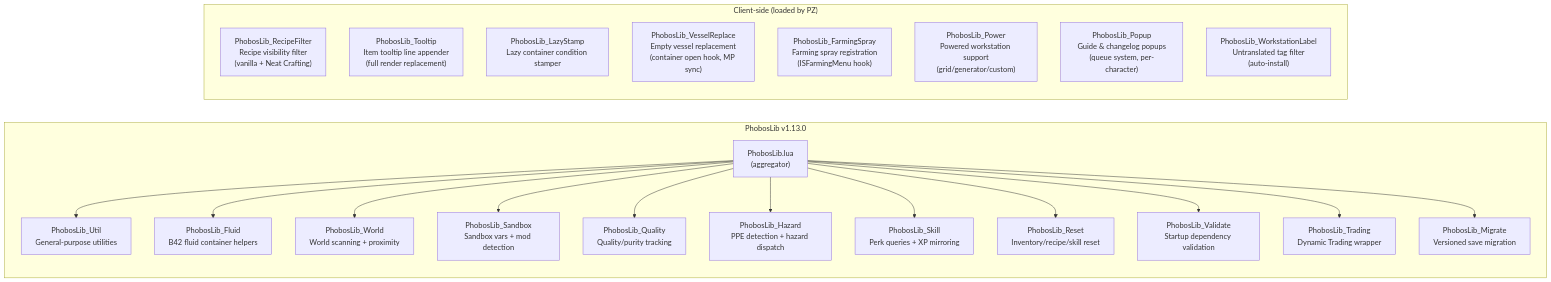
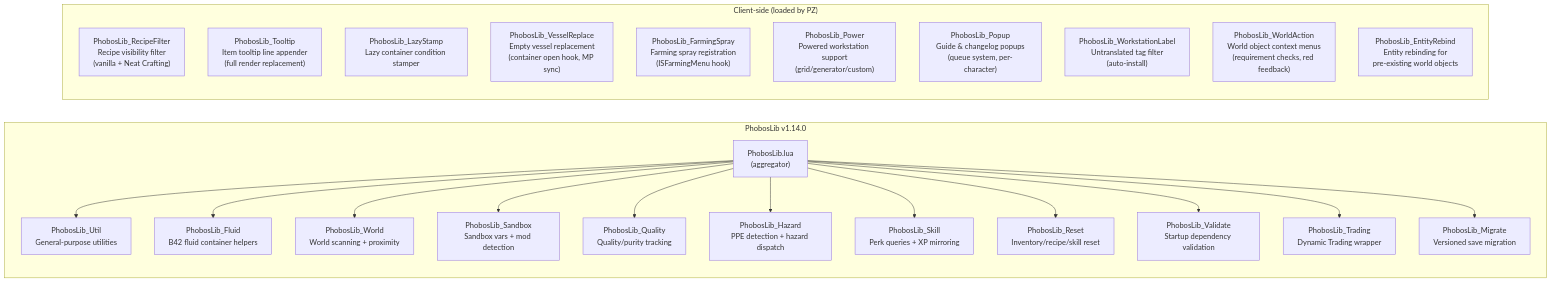
One commit to phobos-dthorga/mod-pz-phobos-lib changed the diagram in docs/diagrams/module-overview.md. Above: the diagram before and after it, drawn with Mermaid. The commit also changed other lines of this file and 6 other files, not shown here.

````diff
--- a/docs/diagrams/module-overview.md
+++ b/docs/diagrams/module-overview.md
@@ -24,41 +24,43 @@
 ```mermaid
 graph LR
-    subgraph LIB["PhobosLib v1.13.0"]
+    subgraph LIB["PhobosLib v1.14.0"]
         INIT["PhobosLib.lua<br/>(aggregator)"]
 
         UTIL["PhobosLib_Util<br/>General-purpose utilities"]
         FLUID["PhobosLib_Fluid<br/>B42 fluid container helpers"]
         WORLD["PhobosLib_World<br/>World scanning + proximity"]
         SANDBOX["PhobosLib_Sandbox<br/>Sandbox vars + mod detection"]
         QUALITY["PhobosLib_Quality<br/>Quality/purity tracking"]
         HAZARD["PhobosLib_Hazard<br/>PPE detection + hazard dispatch"]
         SKILL["PhobosLib_Skill<br/>Perk queries + XP mirroring"]
         RESET["PhobosLib_Reset<br/>Inventory/recipe/skill reset"]
         VALIDATE["PhobosLib_Validate<br/>Startup dependency validation"]
         TRADING["PhobosLib_Trading<br/>Dynamic Trading wrapper"]
         MIGRATE["PhobosLib_Migrate<br/>Versioned save migration"]
     end
 
     subgraph CLIENT["Client-side (loaded by PZ)"]
         RF["PhobosLib_RecipeFilter<br/>Recipe visibility filter<br/>(vanilla + Neat Crafting)"]
         TT["PhobosLib_Tooltip<br/>Item tooltip line appender<br/>(full render replacement)"]
         LS["PhobosLib_LazyStamp<br/>Lazy container condition stamper"]
         VR["PhobosLib_VesselReplace<br/>Empty vessel replacement<br/>(container open hook, MP sync)"]
         FS["PhobosLib_FarmingSpray<br/>Farming spray registration<br/>(ISFarmingMenu hook)"]
         PW["PhobosLib_Power<br/>Powered workstation support<br/>(grid/generator/custom)"]
         PP["PhobosLib_Popup<br/>Guide & changelog popups<br/>(queue system, per-character)"]
         WL["PhobosLib_WorkstationLabel<br/>Untranslated tag filter<br/>(auto-install)"]
+        WA["PhobosLib_WorldAction<br/>World object context menus<br/>(requirement checks, red feedback)"]
+        ER["PhobosLib_EntityRebind<br/>Entity rebinding for<br/>pre-existing world objects"]
     end
 
     INIT --> UTIL
     INIT --> FLUID
     INIT --> WORLD
     INIT --> SANDBOX
     INIT --> QUALITY
     INIT --> HAZARD
     INIT --> SKILL
     INIT --> RESET
     INIT --> VALIDATE
     INIT --> TRADING
     INIT --> MIGRATE
 ```
````
